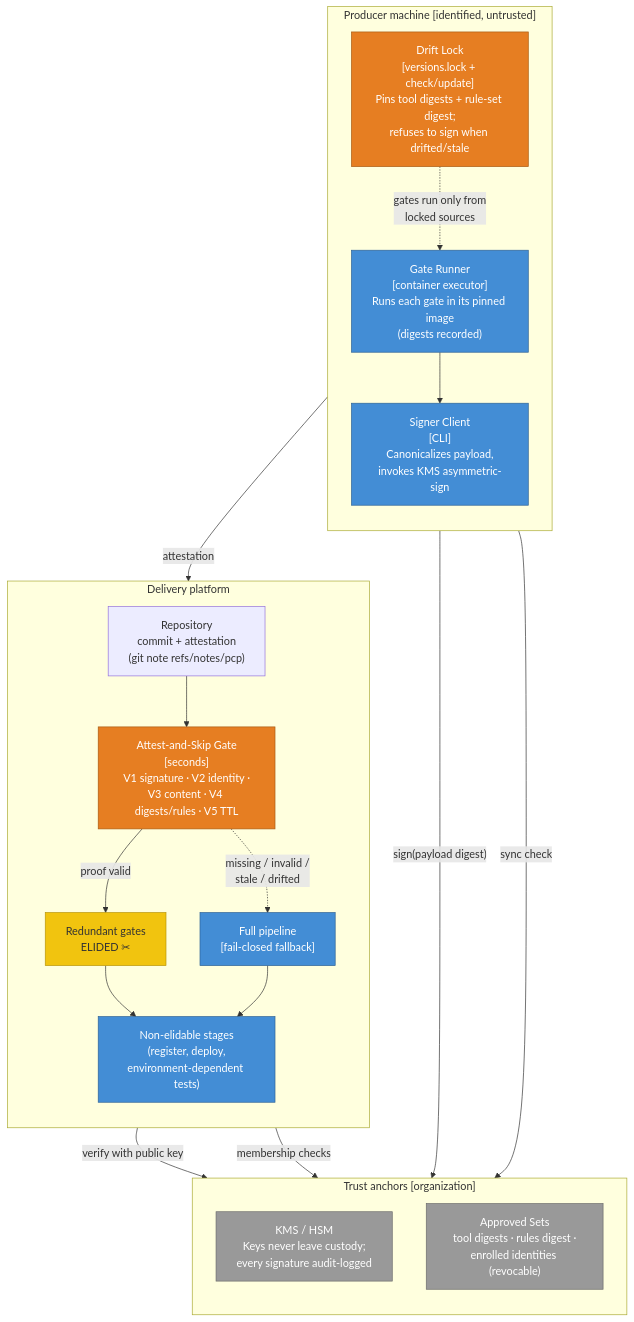
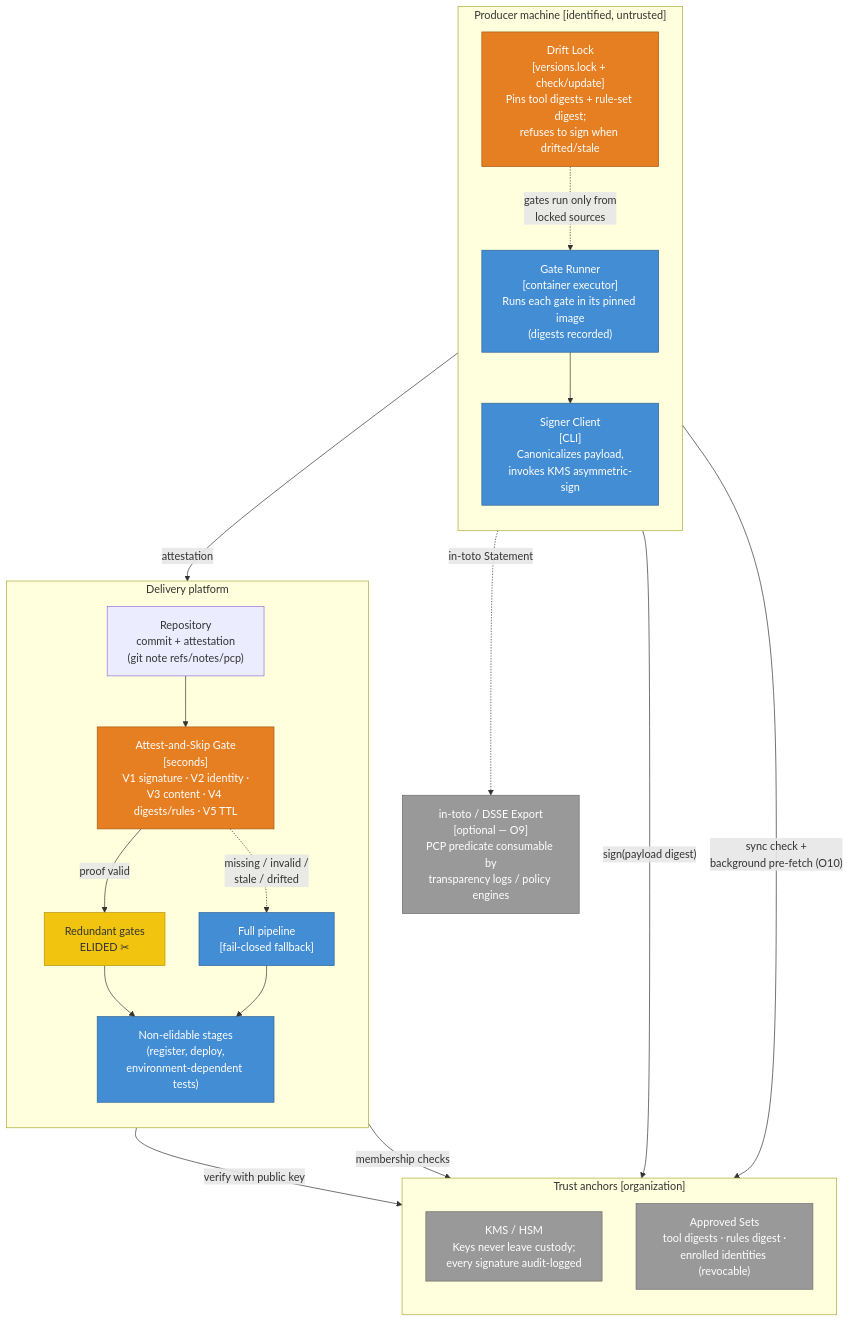
One commit to JackCid89/proof-carrying-pipelines changed the second of 3 diagrams in docs/architecture.md. Above: the diagram before and after it, drawn with Mermaid. The commit also changed other lines of this file and 16 other files, not shown here.

Commit message:
v1.2: feedback round 2 — secrets, Merkle aggregation, adaptive sampling (O8), in-toto/DSSE export (O9), lock pre-fetch (O10), ephemeral agent producers; updated diagrams + GH/GitLab reference pipelines

````diff
--- a/docs/architecture.md
+++ b/docs/architecture.md
@@ -49,44 +49,47 @@
 ```mermaid
 flowchart TB
     subgraph producer["Producer machine [identified, untrusted]"]
         direction TB
         gates["Gate Runner<br/>[container executor]<br/>Runs each gate in its pinned image<br/>(digests recorded)"]
         lock["Drift Lock<br/>[versions.lock + check/update]<br/>Pins tool digests + rule-set digest;<br/>refuses to sign when drifted/stale"]
         signer["Signer Client<br/>[CLI]<br/>Canonicalizes payload,<br/>invokes KMS asymmetric-sign"]
         gates --> signer
         lock -.->|"gates run only from<br/>locked sources"| gates
     end
 
     subgraph anchors["Trust anchors [organization]"]
         direction TB
         kms["KMS / HSM<br/>Keys never leave custody;<br/>every signature audit-logged"]
         registry["Approved Sets<br/>tool digests · rules digest ·<br/>enrolled identities (revocable)"]
     end
 
     subgraph platform["Delivery platform"]
         direction TB
         git["Repository<br/>commit + attestation<br/>(git note refs/notes/pcp)"]
         gate["Attest-and-Skip Gate<br/>[seconds]<br/>V1 signature · V2 identity ·<br/>V3 content · V4 digests/rules · V5 TTL"]
         skip["Redundant gates<br/>ELIDED ✂"]
         full["Full pipeline<br/>[fail-closed fallback]"]
         rest["Non-elidable stages<br/>(register, deploy,<br/>environment-dependent tests)"]
         git --> gate
         gate -- "proof valid" --> skip --> rest
         gate -. "missing / invalid /<br/>stale / drifted" .-> full --> rest
     end
 
+    export["in-toto / DSSE Export<br/>[optional — O9]<br/>PCP predicate consumable by<br/>transparency logs / policy engines"]
+
     signer -- "sign(payload digest)" --> kms
-    lock -- "sync check" --> registry
+    lock -- "sync check +<br/>background pre-fetch (O10)" --> registry
     signer -- "attestation" --> git
+    signer -. "in-toto Statement" .-> export
     gate -- "verify with public key" --> kms
     gate -- "membership checks" --> registry
 
     classDef c fill:#438dd5,stroke:#2e6295,color:#ffffff
     classDef hl fill:#e67e22,stroke:#a85a12,color:#ffffff
     classDef ext fill:#999999,stroke:#6b6b6b,color:#ffffff
     classDef sk fill:#f1c40f,stroke:#b7950b,color:#333333
     class gates,signer,full,rest c
     class lock,gate hl
-    class kms,registry ext
+    class kms,registry,export ext
     class skip sk
 ```
````
